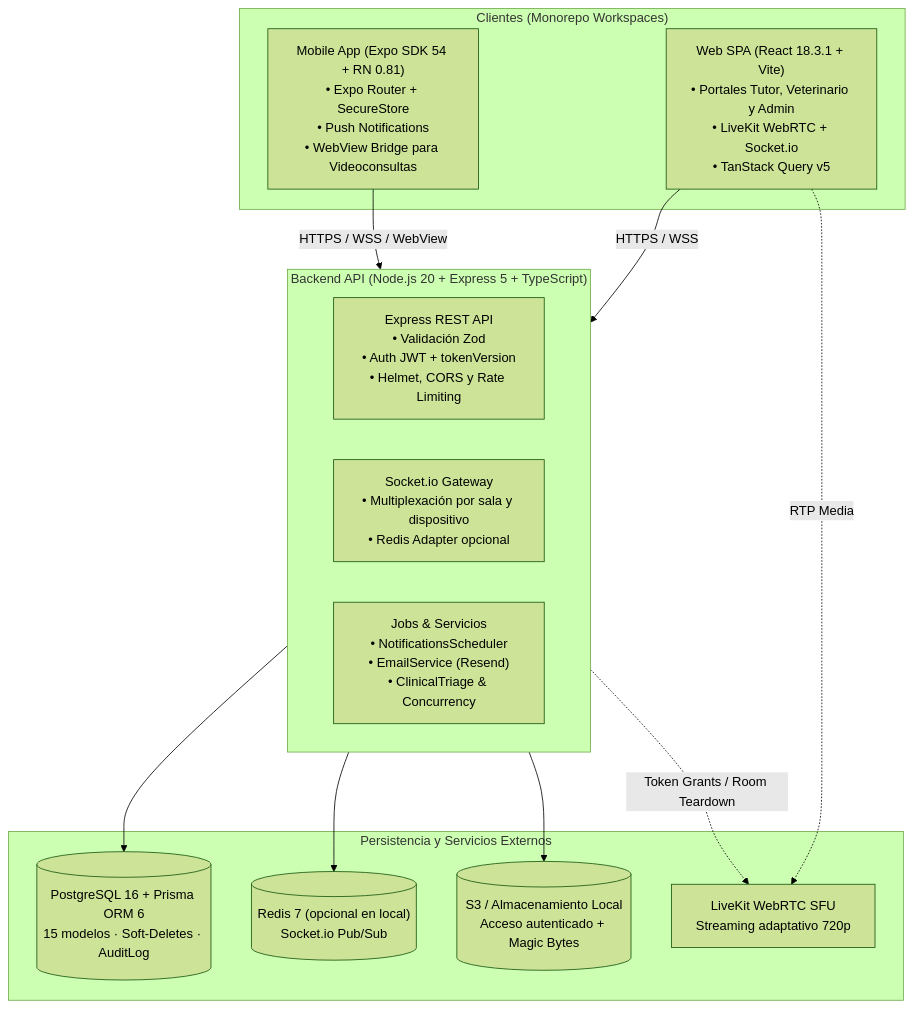
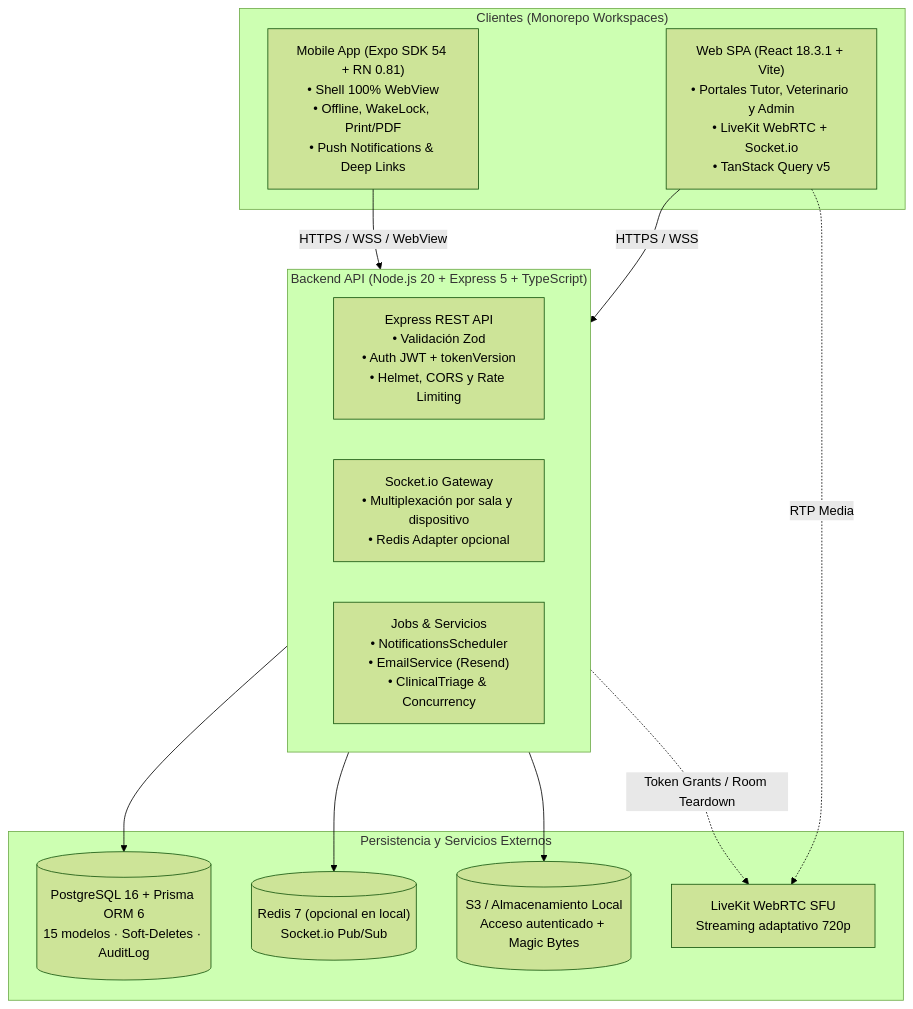
The diagram in README.md (grupo-pinnacle/HuelliCam), drawn with Mermaid (forest theme) before and after one commit. The commit also changed other lines of this file and 106 other files, not shown here.

First line of the commit message:
feat(mobile): migrate mobile workspace to 100% webview shell with native bridge

````diff
--- a/README.md
+++ b/README.md
@@ -44,28 +44,28 @@
 ```mermaid
 flowchart TB
     subgraph Clientes["Clientes (Monorepo Workspaces)"]
         WebClient["Web SPA (React 18.3.1 + Vite)\n• Portales Tutor, Veterinario y Admin\n• LiveKit WebRTC + Socket.io\n• TanStack Query v5"]
-        MobileClient["Mobile App (Expo SDK 54 + RN 0.81)\n• Expo Router + SecureStore\n• Push Notifications\n• WebView Bridge para Videoconsultas"]
+        MobileClient["Mobile App (Expo SDK 54 + RN 0.81)\n• Shell 100% WebView\n• Offline, WakeLock, Print/PDF\n• Push Notifications & Deep Links"]
     end
 
     subgraph Backend["Backend API (Node.js 20 + Express 5 + TypeScript)"]
         REST["Express REST API\n• Validación Zod\n• Auth JWT + tokenVersion\n• Helmet, CORS y Rate Limiting"]
         Realtime["Socket.io Gateway\n• Multiplexación por sala y dispositivo\n• Redis Adapter opcional"]
         Scheduler["Jobs & Servicios\n• NotificationsScheduler\n• EmailService (Resend)\n• ClinicalTriage & Concurrency"]
     end
 
     subgraph Data["Persistencia y Servicios Externos"]
         Postgres[("PostgreSQL 16 + Prisma ORM 6\n15 modelos · Soft-Deletes · AuditLog")]
         Redis[("Redis 7 (opcional en local)\nSocket.io Pub/Sub")]
         Storage[("S3 / Almacenamiento Local\nAcceso autenticado + Magic Bytes")]
         LiveKit["LiveKit WebRTC SFU\nStreaming adaptativo 720p"]
     end
 
     WebClient -->|HTTPS / WSS| Backend
     MobileClient -->|HTTPS / WSS / WebView| Backend
     Backend --> Postgres
     Backend --> Redis
     Backend --> Storage
     Backend -.->|Token Grants / Room Teardown| LiveKit
     WebClient -.->|RTP Media| LiveKit
 ```
````
